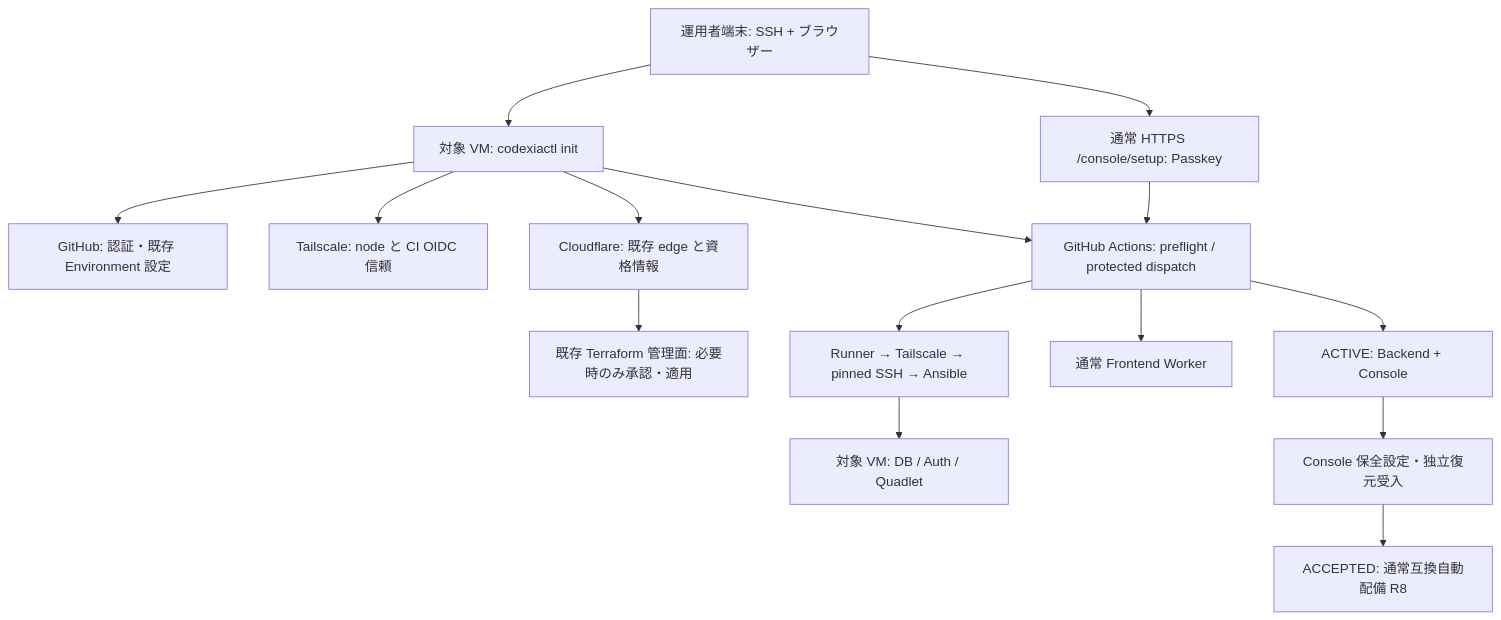
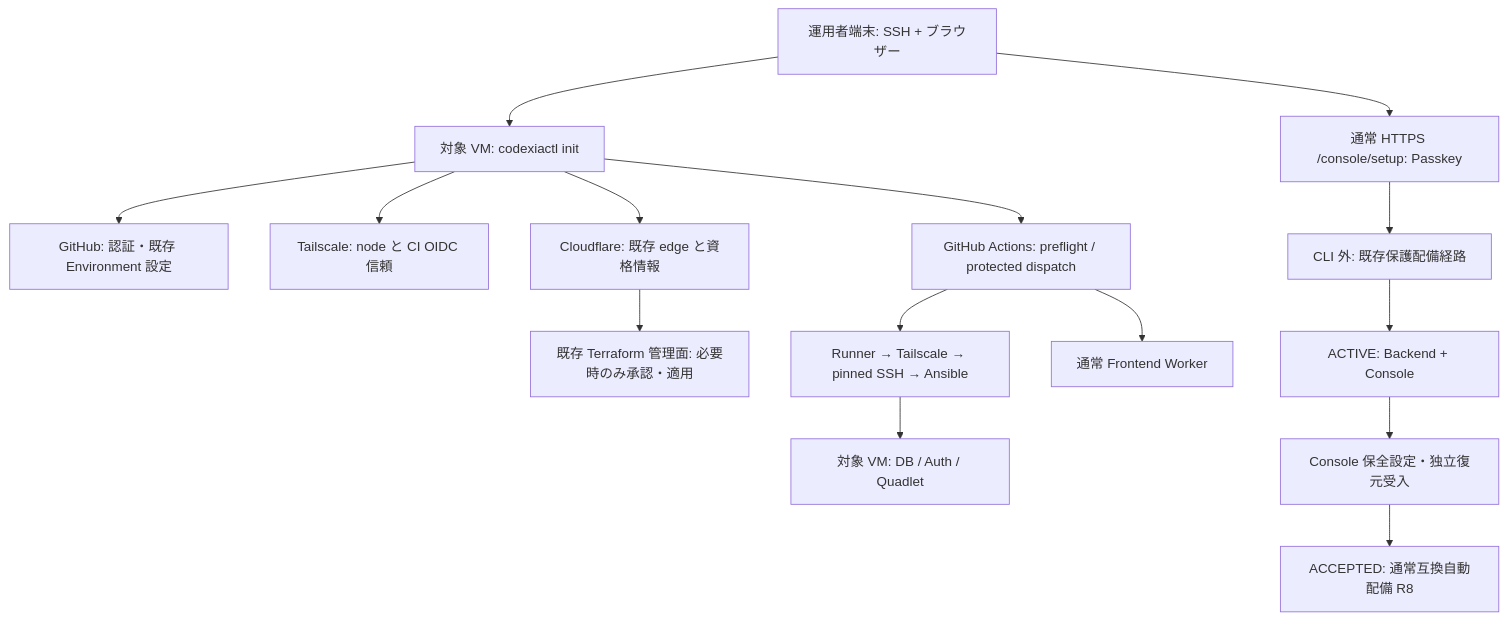
Before and after one commit to yohn-jp/codexia: the diagram in docs/deployment/CODEXIACTL.md, drawn with Mermaid. The commit also changed other lines of this file, not shown here.

````diff
--- a/docs/deployment/CODEXIACTL.md
+++ b/docs/deployment/CODEXIACTL.md
@@ -23,17 +23,18 @@
 ```mermaid
 flowchart TD
     U["運用者端末: SSH + ブラウザー"] --> C["対象 VM: codexiactl init"]
     C --> G["GitHub: 認証・既存 Environment 設定"]
     C --> T["Tailscale: node と CI OIDC 信頼"]
     C --> F["Cloudflare: 既存 edge と資格情報"]
     F --> I["既存 Terraform 管理面: 必要時のみ承認・適用"]
     C --> P["GitHub Actions: preflight / protected dispatch"]
     P --> A["Runner → Tailscale → pinned SSH → Ansible"]
     A --> V["対象 VM: DB / Auth / Quadlet"]
     P --> W["通常 Frontend Worker"]
     U --> O["通常 HTTPS /console/setup: Passkey"]
-    O --> P
-    P --> X["ACTIVE: Backend + Console"]
+    O --> H["CLI 外: 既存保護配備経路"]
+    H --> X
+    X["ACTIVE: Backend + Console"]
     X --> B["Console 保全設定・独立復元受入"]
     B --> R["ACCEPTED: 通常互換自動配備 R8"]
 ```
````
